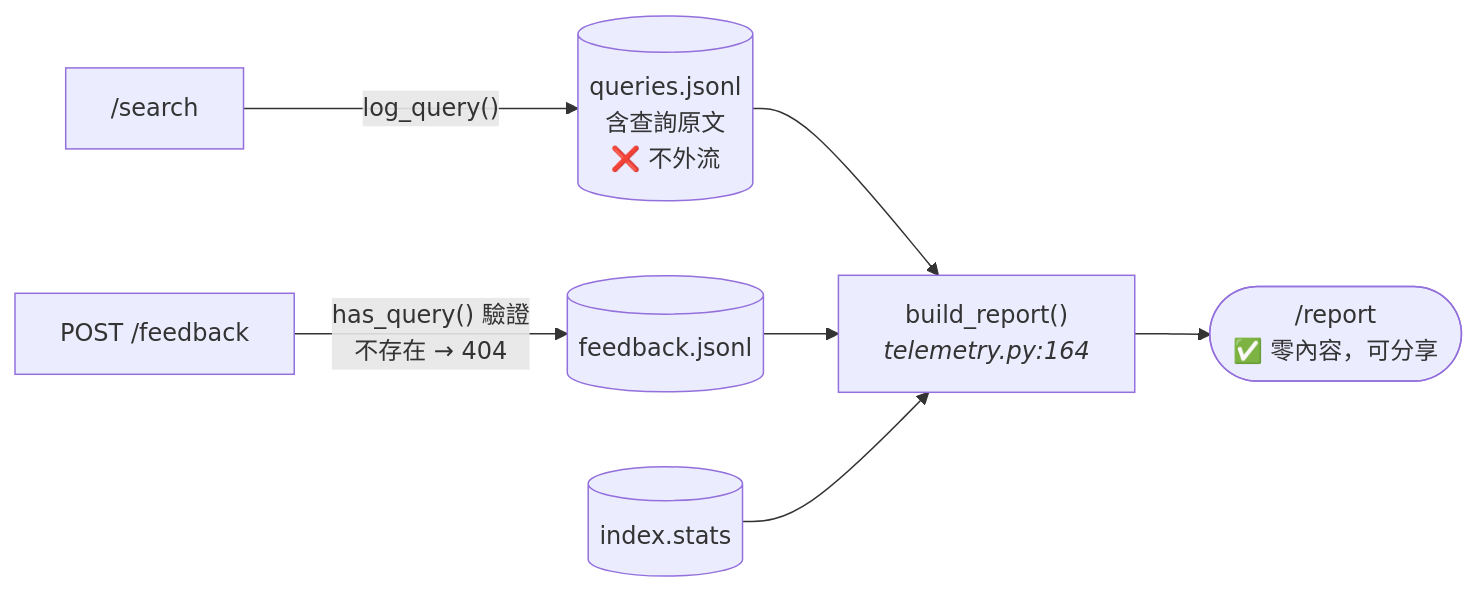
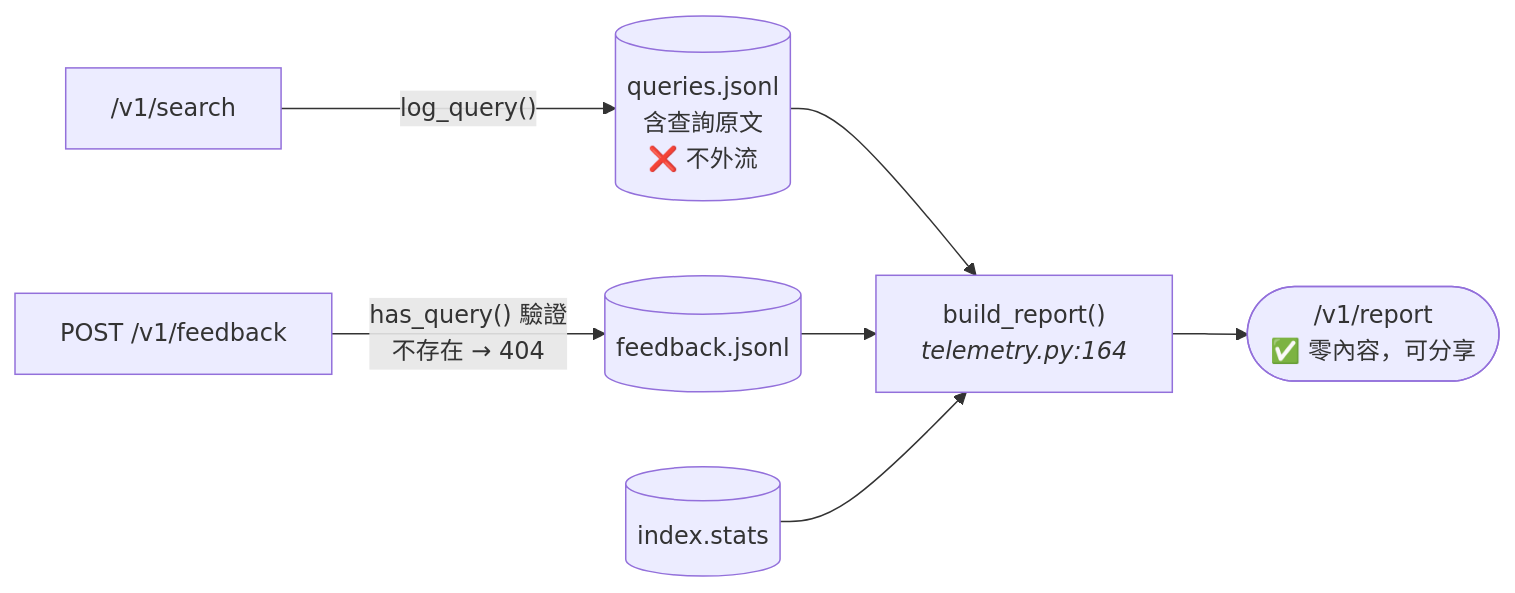
Before and after one commit to yiting-tom/YEDAI: the eighth of 8 diagrams in docs/data-flow.md, drawn with Mermaid. The commit also changed other lines of this file and 18 other files, not shown here.

````diff
--- a/docs/data-flow.md
+++ b/docs/data-flow.md
@@ -319,9 +319,9 @@
 ```mermaid
 flowchart LR
-  SR["/search"] -->|"log_query()"| QJ[("queries.jsonl<br/>含查詢原文<br/>❌ 不外流")]
-  FB["POST /feedback"] -->|"has_query() 驗證<br/>不存在 → 404"| FJ[("feedback.jsonl")]
+  SR["/v1/search"] -->|"log_query()"| QJ[("queries.jsonl<br/>含查詢原文<br/>❌ 不外流")]
+  FB["POST /v1/feedback"] -->|"has_query() 驗證<br/>不存在 → 404"| FJ[("feedback.jsonl")]
   QJ --> BR["build_report()<br/><i>telemetry.py:164</i>"]
   FJ --> BR
   IDX[("index.stats")] --> BR
-  BR --> RP(["/report<br/>✅ 零內容，可分享"])
+  BR --> RP(["/v1/report<br/>✅ 零內容，可分享"])
 ```
````
